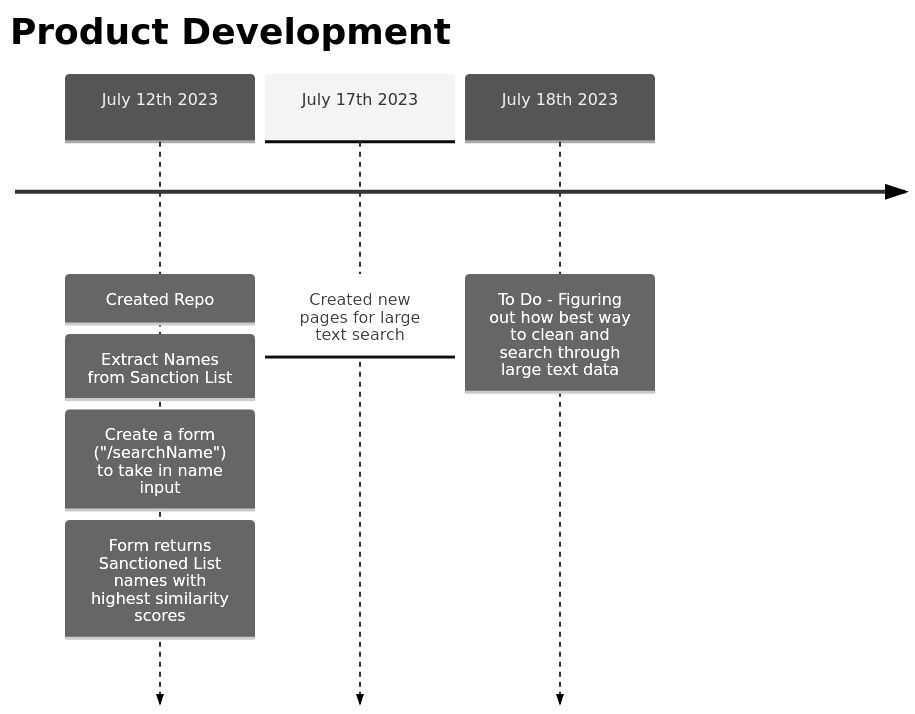
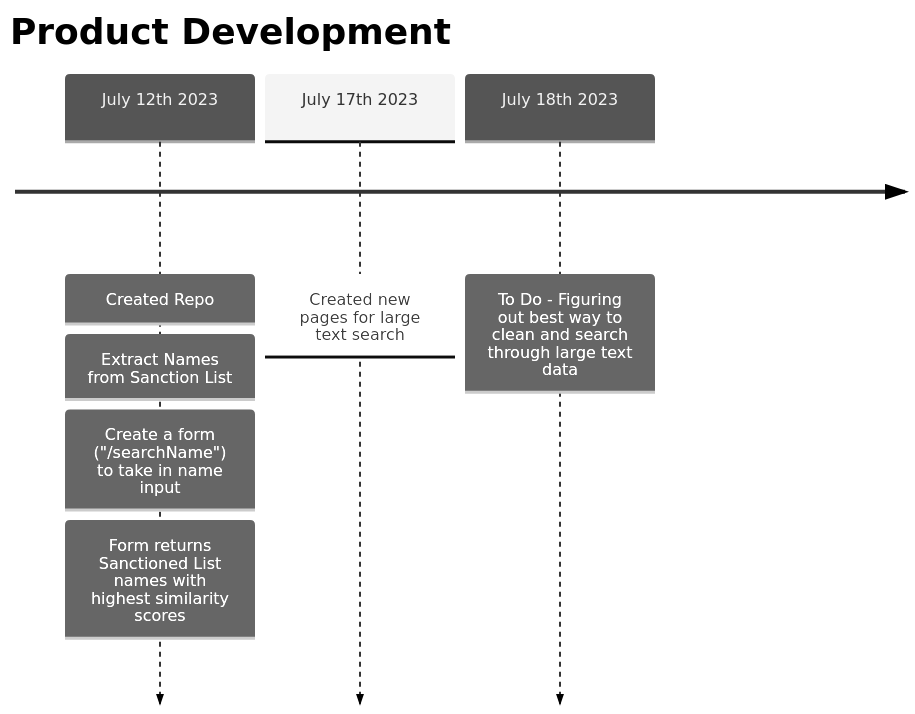
Before and after one commit to james-csy/sanctionlistchecker: the diagram in README.md, drawn with Mermaid (neutral theme).

````diff
--- a/README.md
+++ b/README.md
@@ -6,7 +6,7 @@
 ```mermaid
 timeline
     title Product Development
     July 12th 2023: Created Repo: Extract Names from Sanction List: Create a form ("/searchName") to take in name input: Form returns Sanctioned List names with highest similarity scores
     July 17th 2023: Created new pages for large text search
-    July 18th 2023: To Do - Figuring out how best way to clean and search through large text data
+    July 18th 2023: To Do - Figuring out best way to clean and search through large text data
 ```
````
